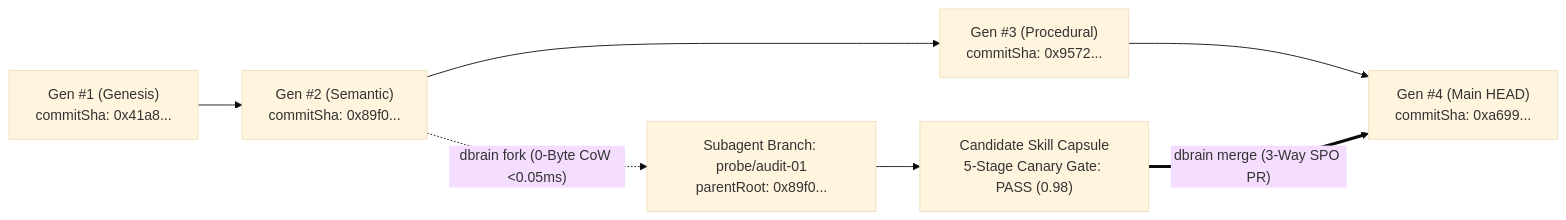
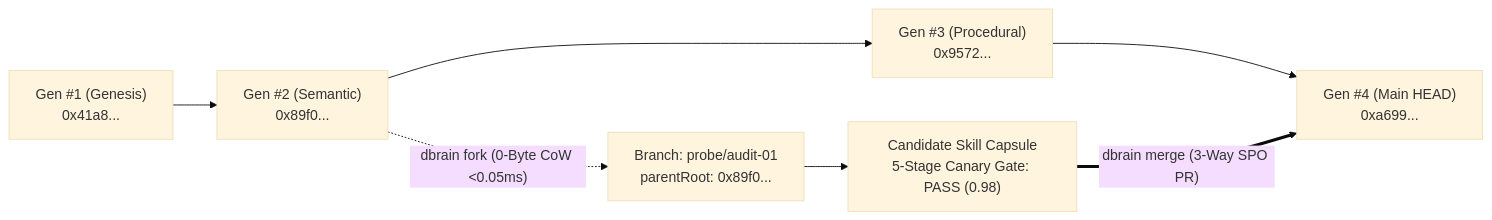
The second of 4 diagrams in WHITEPAPER.md (dcarrith/dbrain), drawn with Mermaid (base theme) before and after one commit. The commit also changed other lines of this file, not shown here.

````diff
--- a/WHITEPAPER.md
+++ b/WHITEPAPER.md
@@ -128,9 +117,9 @@
 ```mermaid
 flowchart LR
-  C1["Gen #1 (Genesis)<br/>commitSha: 0x41a8..."] --> C2["Gen #2 (Semantic)<br/>commitSha: 0x89f0..."]
-  C2 --> C3["Gen #3 (Procedural)<br/>commitSha: 0x9572..."]
-  C3 --> C4["Gen #4 (Main HEAD)<br/>commitSha: 0xa699..."]
-  C2 -.->|"dbrain fork (0-Byte CoW <0.05ms)"| B1["Subagent Branch: probe/audit-01<br/>parentRoot: 0x89f0..."]
+  C1["Gen #1 (Genesis)<br/>0x41a8..."] --> C2["Gen #2 (Semantic)<br/>0x89f0..."]
+  C2 --> C3["Gen #3 (Procedural)<br/>0x9572..."]
+  C3 --> C4["Gen #4 (Main HEAD)<br/>0xa699..."]
+  C2 -.->|"dbrain fork (0-Byte CoW <0.05ms)"| B1["Branch: probe/audit-01<br/>parentRoot: 0x89f0..."]
   B1 --> B2["Candidate Skill Capsule<br/>5-Stage Canary Gate: PASS (0.98)"]
   B2 ==>|"dbrain merge (3-Way SPO PR)"| C4
 ```
````
